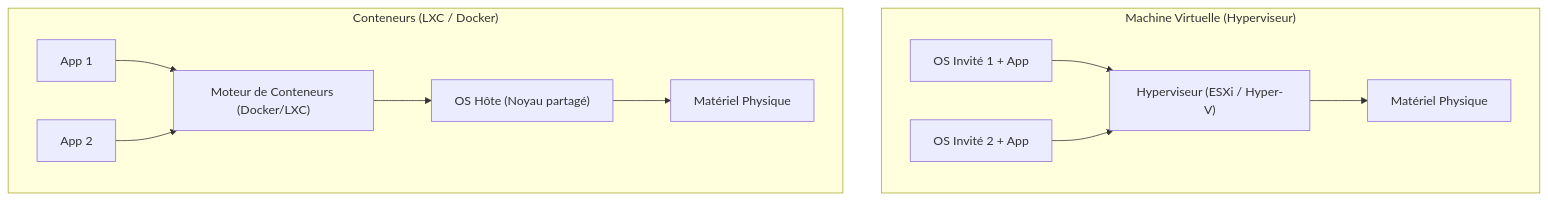
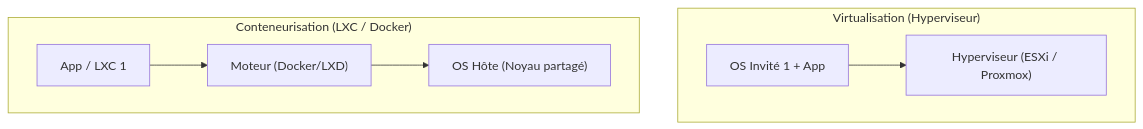
Before and after one commit to MontSekai/Documentations: the diagram in docs/Systeme/virtualisation.md, drawn with Mermaid. The commit also changed other lines of this file and 50 other files, not shown here.

````diff
--- a/docs/Systeme/virtualisation.md
+++ b/docs/Systeme/virtualisation.md
@@ -54,24 +45,16 @@
 ```mermaid
 graph TD
-    subgraph "Machine Virtuelle (Hyperviseur)"
+    subgraph "Virtualisation (Hyperviseur)"
         H1["OS Invité 1 + App"]
-        H2["OS Invité 2 + App"]
-        HYP["Hyperviseur (ESXi / Hyper-V)"]
-        MAT1["Matériel Physique"]
+        HYP["Hyperviseur (ESXi / Proxmox)"]
         H1 --> HYP
-        H2 --> HYP
-        HYP --> MAT1
     end
 
-    subgraph "Conteneurs (LXC / Docker)"
-        C1["App 1"]
-        C2["App 2"]
-        ENG["Moteur de Conteneurs (Docker/LXC)"]
+    subgraph "Conteneurisation (LXC / Docker)"
+        C1["App / LXC 1"]
+        ENG["Moteur (Docker/LXD)"]
         OSH["OS Hôte (Noyau partagé)"]
-        MAT2["Matériel Physique"]
         C1 --> ENG
-        C2 --> ENG
         ENG --> OSH
-        OSH --> MAT2
     end
 ```
````
